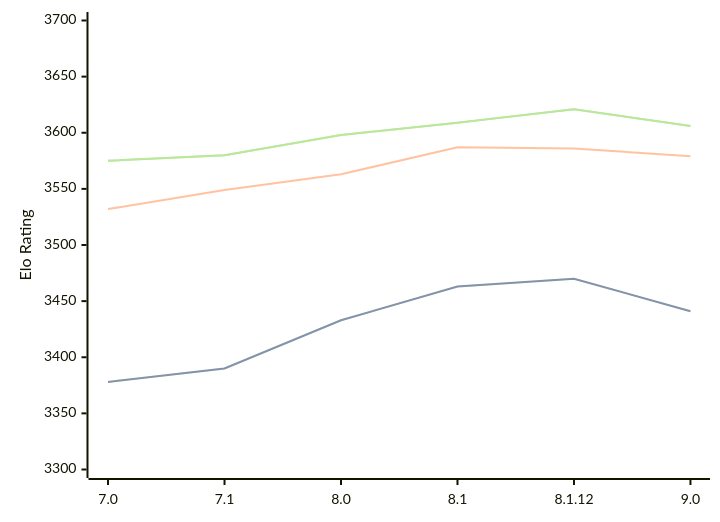
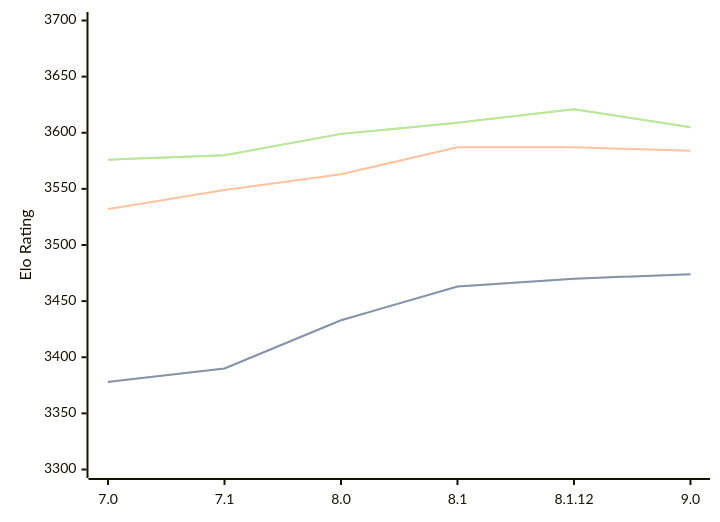
One commit to computer-chess-index/cci changed the diagram in engines/Alexandria.md. Above: the diagram before and after it, drawn with Mermaid. The commit also changed other lines of this file, not shown here.

Commit message:
Update CCI Ratings (ELO VLTC) - 2026-03-02

````diff
--- a/engines/Alexandria.md
+++ b/engines/Alexandria.md
@@ -53,11 +53,11 @@
 ```mermaid
 %%{init: {"theme":"base","themeVariables":{"seriesColors:['#a3a3a3','#222221','#faa371']}}}%%
 xychart-beta
   x-axis ["7.0", "7.1", "8.0", "8.1", "8.1.12", "9.0"]
   y-axis "Elo Rating" 3300 --> 3700
-  line "STC (8.0+0.08s)" [3378, 3390, 3433, 3463, 3470, 3441]
-  line "STC (8.0+0.08s)" [3378, 3390, 3433, 3463, 3470, 3441]
-  line "LTC (60.0+0.60s)" [3532, 3549, 3563, 3587, 3586, 3579]
-  line "VLTC (2m24s+1.12s)" [3575, 3580, 3598, 3609, 3621, 3606]
-  line "VLTC (2m24s+1.12s)" [3575, 3580, 3598, 3609, 3621, 3606]
+  line "STC (8.0+0.08s)" [3378, 3390, 3433, 3463, 3470, 3474]
+  line "STC (8.0+0.08s)" [3378, 3390, 3433, 3463, 3470, 3474]
+  line "LTC (60.0+0.60s)" [3532, 3549, 3563, 3587, 3587, 3584]
+  line "VLTC (2m24s+1.12s)" [3576, 3580, 3599, 3609, 3621, 3605]
+  line "VLTC (2m24s+1.12s)" [3576, 3580, 3599, 3609, 3621, 3605]
 ```
````
